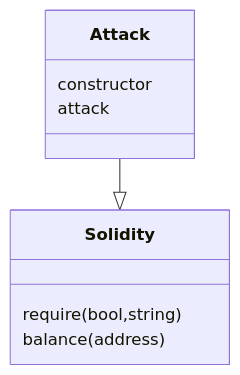
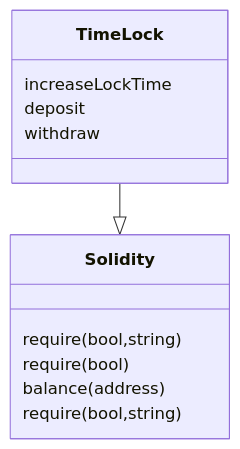
Before and after one commit to siksum/SafeDevAnalyzer: the diagram in result/call_graph_results/call-graph.md, drawn with Mermaid. The commit also changed 15 other files, not shown here.

````diff
--- a/result/call_graph_results/call-graph.md
+++ b/result/call_graph_results/call-graph.md
@@ -1,13 +1,16 @@
 ```mermaid
 classDiagram
-	class Attack{
-		constructor
-		attack
+	class TimeLock{
+		increaseLockTime
+		deposit
+		withdraw
 	}
 	class Solidity{
 		require(bool,string)
+		require(bool)
 		balance(address)
+		require(bool,string)
 	}
-Attack --|> Solidity
+TimeLock --|> Solidity
 
 ```
````
